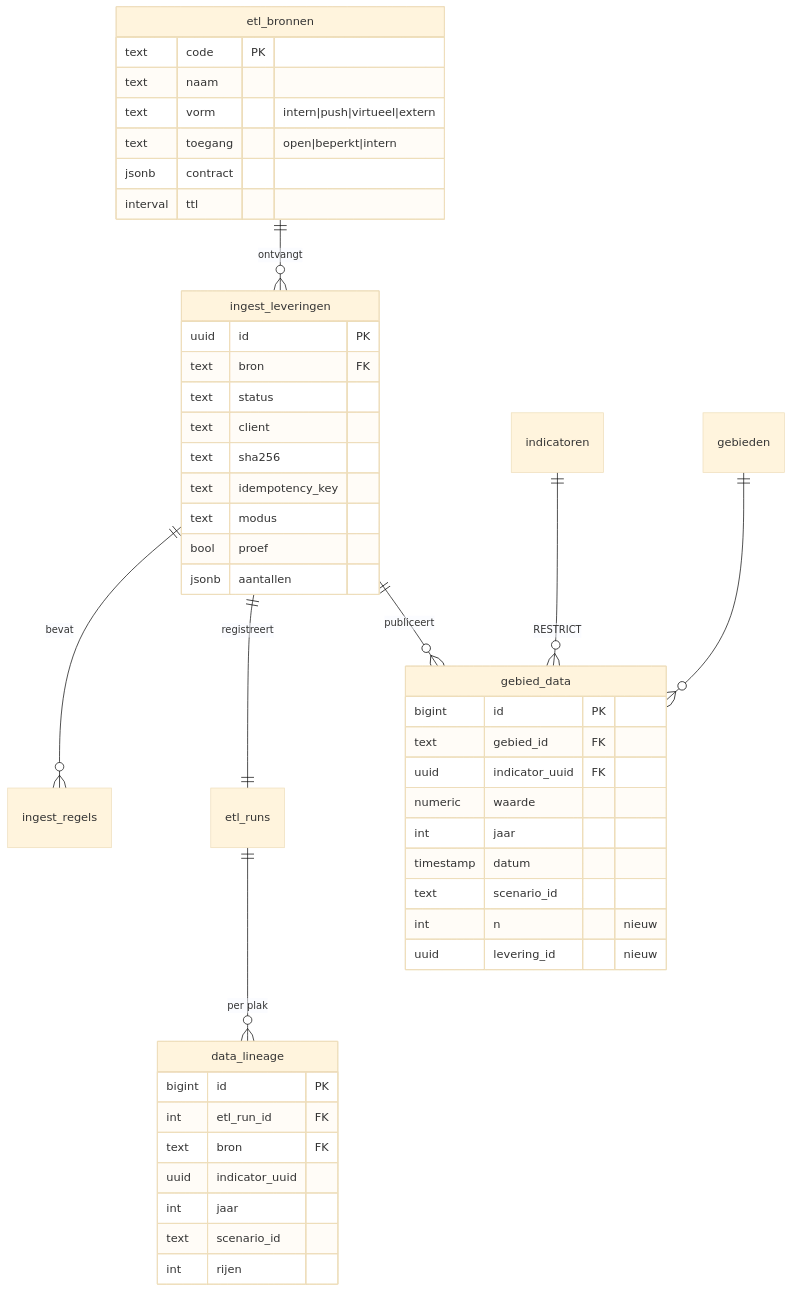
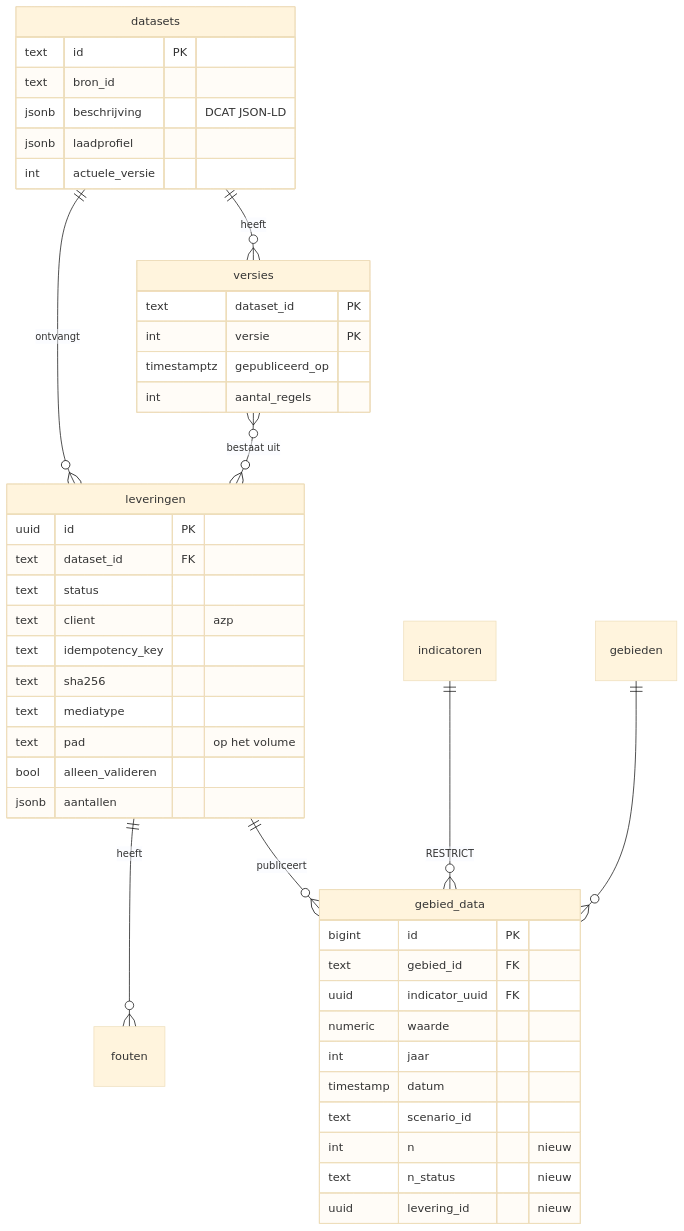
Before and after one commit to Sudwest-Fryslan/D-OmniTwin: the fifth of 5 diagrams in docs/2-architectuur/vullen-van-d-omnitwin.md, drawn with Mermaid (base theme). The commit also changed other lines of this file and 23 other files, not shown here.

````diff
--- a/docs/2-architectuur/vullen-van-d-omnitwin.md
+++ b/docs/2-architectuur/vullen-van-d-omnitwin.md
@@ -235,49 +196,47 @@
 ```mermaid
 erDiagram
-  etl_bronnen ||--o{ ingest_leveringen : ontvangt
-  ingest_leveringen ||--o{ ingest_regels : bevat
-  ingest_leveringen ||--|| etl_runs : registreert
-  etl_runs ||--o{ data_lineage : "per plak"
-  ingest_leveringen ||--o{ gebied_data : publiceert
+  datasets ||--o{ leveringen : ontvangt
+  datasets ||--o{ versies : heeft
+  versies }o--o{ leveringen : "bestaat uit"
+  leveringen ||--o{ fouten : heeft
+  leveringen ||--o{ gebied_data : publiceert
   indicatoren ||--o{ gebied_data : "RESTRICT"
   gebieden ||--o{ gebied_data : ""
-  etl_bronnen {
-    text code PK
-    text naam
-    text vorm "intern|push|virtueel|extern"
-    text toegang "open|beperkt|intern"
-    jsonb contract
-    interval ttl
+  datasets {
+    text id PK
+    text bron_id
+    jsonb beschrijving "DCAT JSON-LD"
+    jsonb laadprofiel
+    int actuele_versie
   }
-  ingest_leveringen {
+  leveringen {
     uuid id PK
-    text bron FK
+    text dataset_id FK
     text status
-    text client
+    text client "azp"
+    text idempotency_key
     text sha256
-    text idempotency_key
-    text modus
-    bool proef
+    text mediatype
+    text pad "op het volume"
+    bool alleen_valideren
     jsonb aantallen
+  }
+  versies {
+    text dataset_id PK
+    int versie PK
+    timestamptz gepubliceerd_op
+    int aantal_regels
   }
   gebied_data {
     bigint id PK
     text gebied_id FK
     uuid indicator_uuid FK
     numeric waarde
     int jaar
     timestamp datum
     text scenario_id
     int n "nieuw"
+    text n_status "nieuw"
     uuid levering_id "nieuw"
   }
-  data_lineage {
-    bigint id PK
-    int etl_run_id FK
-    text bron FK
-    uuid indicator_uuid
-    int jaar
-    text scenario_id
-    int rijen
-  }
 ```
````
